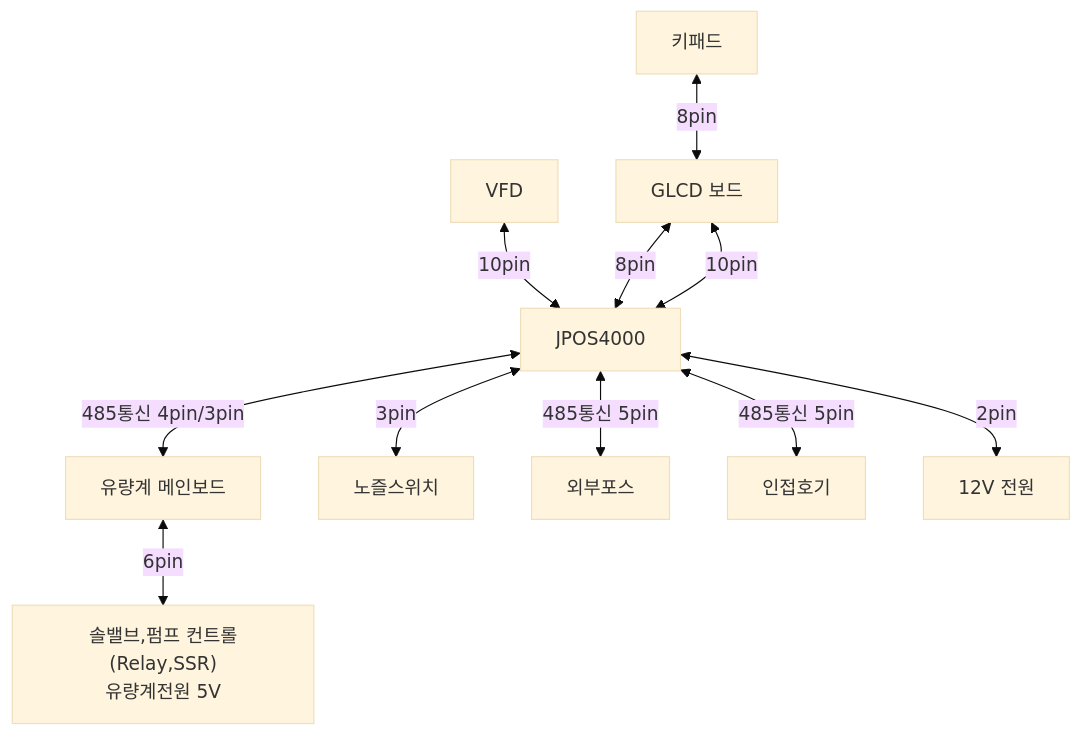
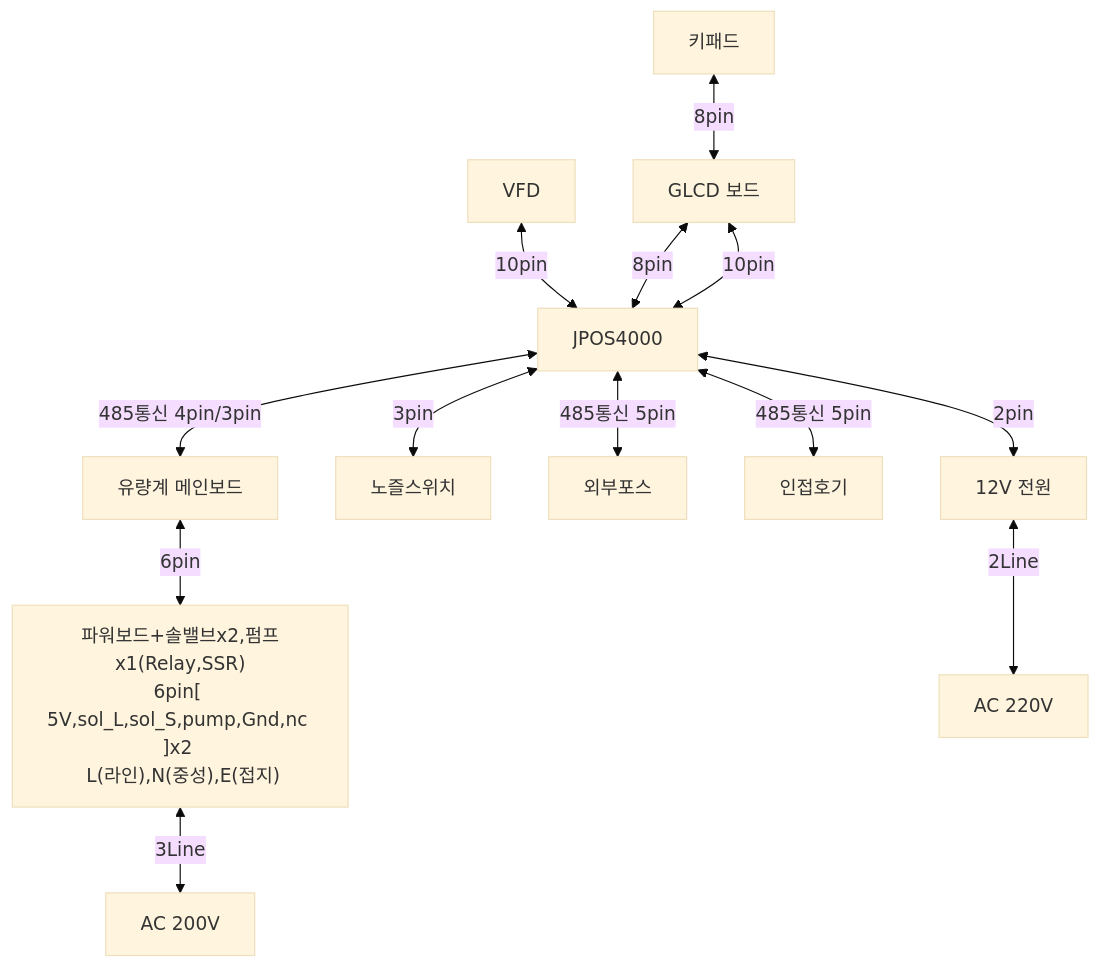
One commit to iamwjlee/iamwjlee.github.io changed the diagram in Jpos4000.md. Above: the diagram before and after it, drawn with Mermaid (base theme).

Commit message:
jpos4000.md

````diff
--- a/Jpos4000.md
+++ b/Jpos4000.md
@@ -18,14 +18,16 @@
 ```mermaid
 graph TB;
     A0["VFD"] <--> |10pin| C["GLCD 보드"]
     A1["키패드"] <--> |8pin| B["GLCD 보드"]
     B <--> |8pin| C["JPOS4000"]
     B <--> |10pin| C["JPOS4000"]
     C <--> |485통신 4pin/3pin| D["유량계 메인보드"]
     C <--> |3pin| E["노즐스위치"]
     C <--> |485통신 5pin| F["외부포스"]
     C <--> |485통신 5pin| G["인접호기"]
     C <--> |2pin| H["12V 전원"]
-    D <--> |6pin| I["솔밸브,펌프 컨트롤(Relay,SSR)<br/>유량계전원 5V"]
+    D <--> |6pin| I["파워보드+솔밸브x2,펌프x1(Relay,SSR)<br/>6pin[ 5V,sol_L,sol_S,pump,Gnd,nc ]x2 <br/> L(라인),N(중성),E(접지)"]
+    I <--> |3Line| J["AC 200V"]
+    H <--> |2Line| K["AC 220V"]
 
 ```
````
